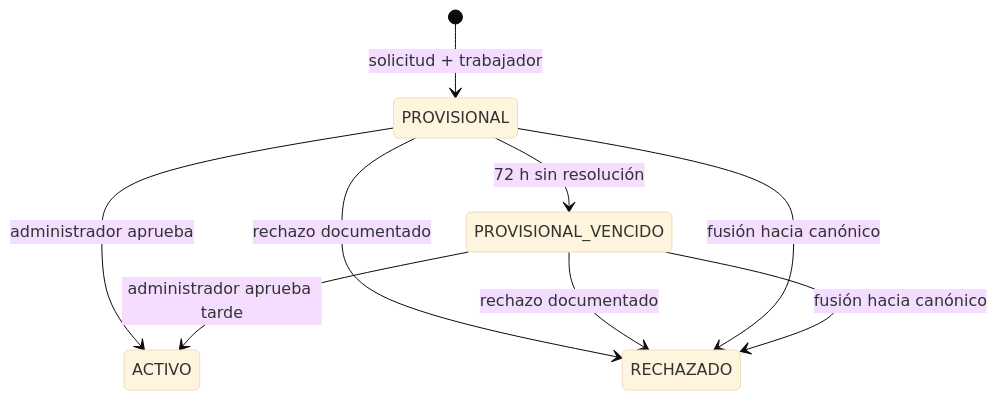
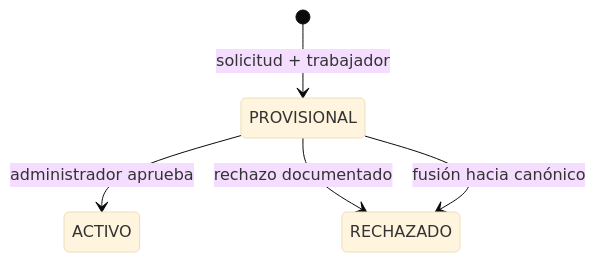
Before and after one commit to real-steven/IndustriasDoradas: the second of 2 diagrams in docs/architecture/modelo-relacional-identidad-organizacion.md, drawn with Mermaid (base theme). The commit also changed other lines of this file and 69 other files, not shown here.

````diff
--- a/docs/architecture/modelo-relacional-identidad-organizacion.md
+++ b/docs/architecture/modelo-relacional-identidad-organizacion.md
@@ -562,11 +563,7 @@
 ```mermaid
 stateDiagram-v2
     [*] --> PROVISIONAL: solicitud + trabajador
-    PROVISIONAL --> PROVISIONAL_VENCIDO: 72 h sin resolución
     PROVISIONAL --> ACTIVO: administrador aprueba
-    PROVISIONAL_VENCIDO --> ACTIVO: administrador aprueba tarde
     PROVISIONAL --> RECHAZADO: rechazo documentado
-    PROVISIONAL_VENCIDO --> RECHAZADO: rechazo documentado
     PROVISIONAL --> RECHAZADO: fusión hacia canónico
-    PROVISIONAL_VENCIDO --> RECHAZADO: fusión hacia canónico
 ```
````
